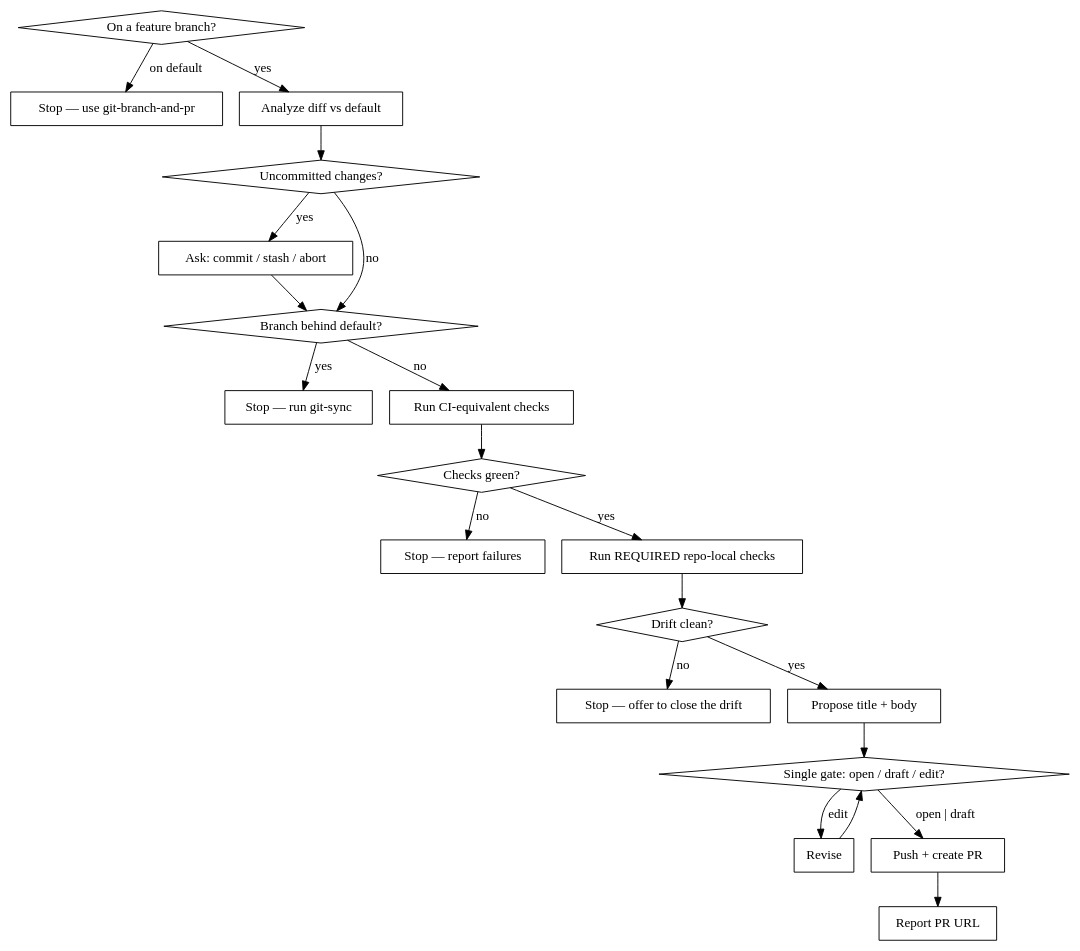
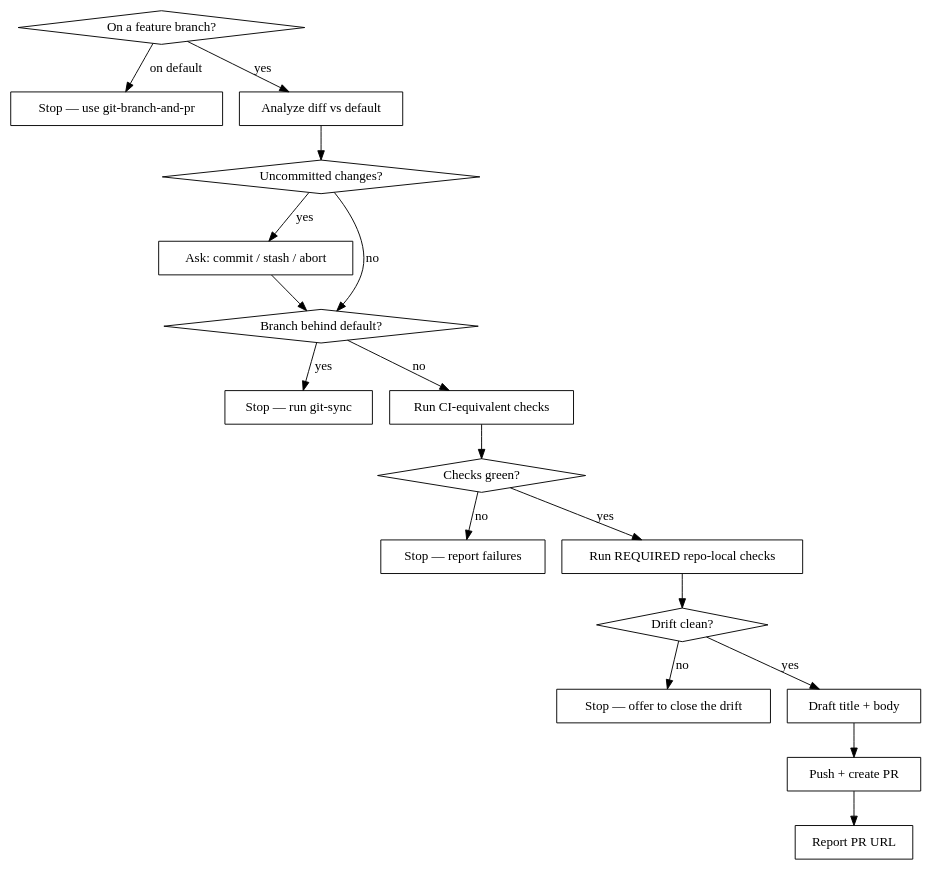
One commit to l0lxl0lw/dotfiles changed the diagram in opencode/skills/git/git-pr/SKILL.md. Above: the diagram before and after it, drawn with Graphviz. The commit also changed other lines of this file, not shown here.

````diff
--- a/opencode/skills/git/git-pr/SKILL.md
+++ b/opencode/skills/git/git-pr/SKILL.md
@@ -63,42 +63,37 @@
 ```dot
 digraph pr {
     "On a feature branch?" [shape=diamond];
     "Stop — use git-branch-and-pr" [shape=box];
     "Analyze diff vs default" [shape=box];
     "Uncommitted changes?" [shape=diamond];
     "Ask: commit / stash / abort" [shape=box];
     "Branch behind default?" [shape=diamond];
     "Stop — run git-sync" [shape=box];
     "Run CI-equivalent checks" [shape=box];
     "Checks green?" [shape=diamond];
     "Stop — report failures" [shape=box];
     "Run REQUIRED repo-local checks" [shape=box];
     "Drift clean?" [shape=diamond];
     "Stop — offer to close the drift" [shape=box];
-    "Propose title + body" [shape=box];
-    "Single gate: open / draft / edit?" [shape=diamond];
-    "Revise" [shape=box];
+    "Draft title + body" [shape=box];
     "Push + create PR" [shape=box];
     "Report PR URL" [shape=box];
 
     "On a feature branch?" -> "Stop — use git-branch-and-pr" [label="on default"];
     "On a feature branch?" -> "Analyze diff vs default" [label="yes"];
     "Analyze diff vs default" -> "Uncommitted changes?";
     "Uncommitted changes?" -> "Ask: commit / stash / abort" [label="yes"];
     "Uncommitted changes?" -> "Branch behind default?" [label="no"];
     "Ask: commit / stash / abort" -> "Branch behind default?";
     "Branch behind default?" -> "Stop — run git-sync" [label="yes"];
     "Branch behind default?" -> "Run CI-equivalent checks" [label="no"];
     "Run CI-equivalent checks" -> "Checks green?";
     "Checks green?" -> "Stop — report failures" [label="no"];
     "Checks green?" -> "Run REQUIRED repo-local checks" [label="yes"];
     "Run REQUIRED repo-local checks" -> "Drift clean?";
     "Drift clean?" -> "Stop — offer to close the drift" [label="no"];
-    "Drift clean?" -> "Propose title + body" [label="yes"];
-    "Propose title + body" -> "Single gate: open / draft / edit?";
-    "Single gate: open / draft / edit?" -> "Revise" [label="edit"];
-    "Revise" -> "Single gate: open / draft / edit?";
-    "Single gate: open / draft / edit?" -> "Push + create PR" [label="open | draft"];
+    "Drift clean?" -> "Draft title + body" [label="yes"];
+    "Draft title + body" -> "Push + create PR";
     "Push + create PR" -> "Report PR URL";
 }
 ```
````
